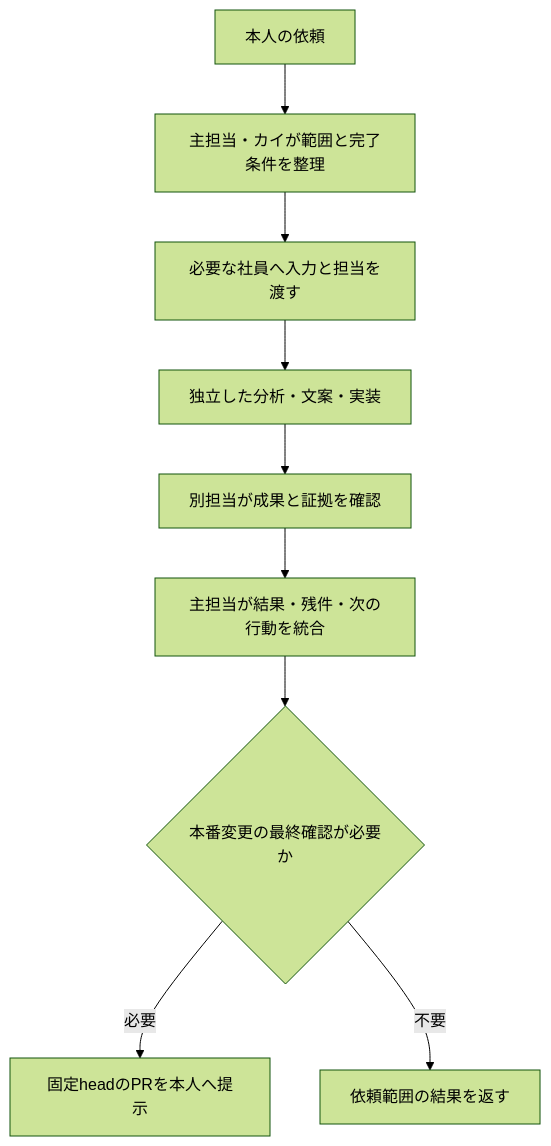
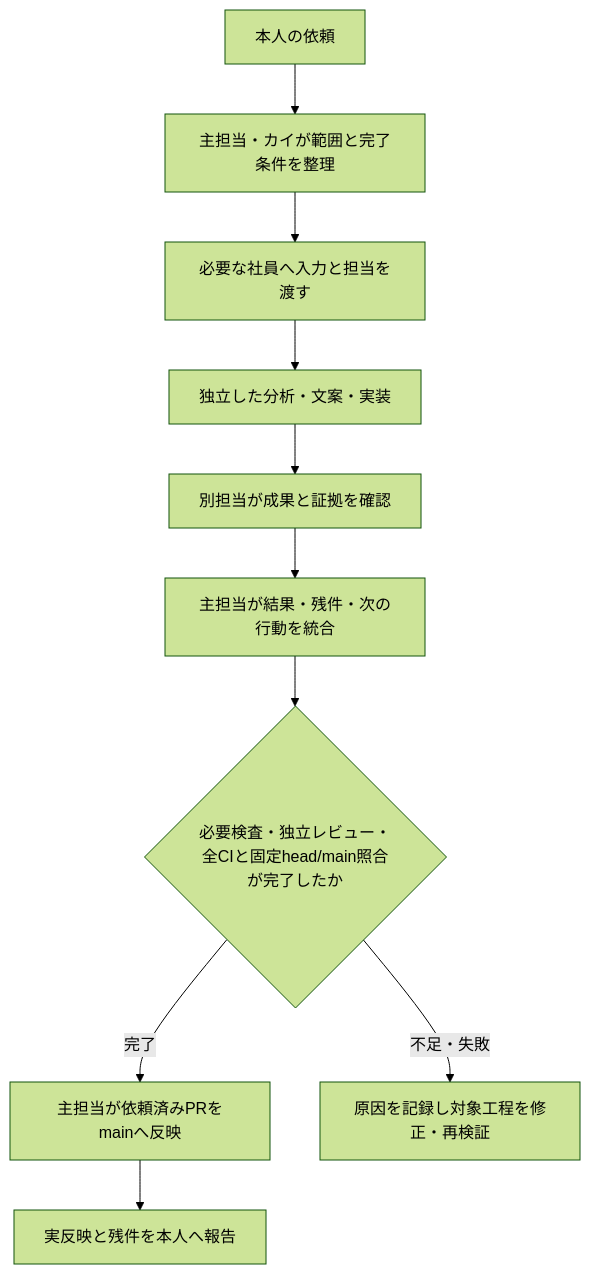
The diagram in docs/ai-staff-operations.md (takechanman12250711-oss/chappy-boatrace-ai), drawn with Mermaid (forest theme) before and after one commit. The commit also changed other lines of this file and 16 other files, not shown here.

````diff
--- a/docs/ai-staff-operations.md
+++ b/docs/ai-staff-operations.md
@@ -26,11 +26,12 @@
 ```mermaid
 flowchart TD
     A[本人の依頼] --> B[主担当・カイが範囲と完了条件を整理]
     B --> C[必要な社員へ入力と担当を渡す]
     C --> D[独立した分析・文案・実装]
     D --> E[別担当が成果と証拠を確認]
     E --> F[主担当が結果・残件・次の行動を統合]
-    F --> G{本番変更の最終確認が必要か}
-    G -->|必要| H[固定headのPRを本人へ提示]
-    G -->|不要| I[依頼範囲の結果を返す]
+    F --> G{必要検査・独立レビュー・全CIと固定head/main照合が完了したか}
+    G -->|完了| H[主担当が依頼済みPRをmainへ反映]
+    H --> I[実反映と残件を本人へ報告]
+    G -->|不足・失敗| J[原因を記録し対象工程を修正・再検証]
 ```
````
